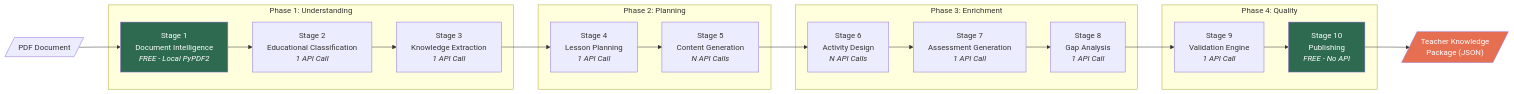
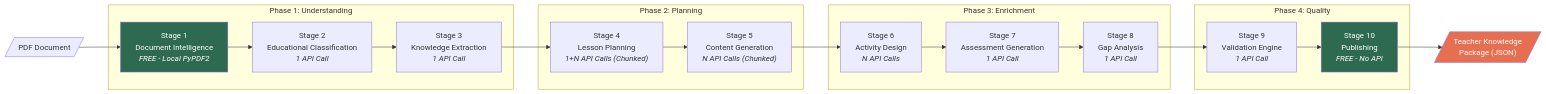
One commit to EhsaasBhalla/IIT-Mandi changed the second of 6 diagrams in DESIGN_DOCUMENT.md. Above: the diagram before and after it, drawn with Mermaid. The commit also changed other lines of this file, not shown here.

Commit message:
docs: update architecture documentation to reflect Stage 4/5 chunking

````diff
--- a/DESIGN_DOCUMENT.md
+++ b/DESIGN_DOCUMENT.md
@@ -104,34 +104,34 @@
 ```mermaid
 flowchart LR
     PDF[/"PDF Document"/] --> S1
 
     subgraph Phase1["Phase 1: Understanding"]
         S1["Stage 1<br/>Document Intelligence<br/><i>FREE - Local PyPDF2</i>"]
         S2["Stage 2<br/>Educational Classification<br/><i>1 API Call</i>"]
         S3["Stage 3<br/>Knowledge Extraction<br/><i>1 API Call</i>"]
     end
 
     subgraph Phase2["Phase 2: Planning"]
-        S4["Stage 4<br/>Lesson Planning<br/><i>1 API Call</i>"]
-        S5["Stage 5<br/>Content Generation<br/><i>N API Calls</i>"]
+        S4["Stage 4<br/>Lesson Planning<br/><i>1+N API Calls (Chunked)</i>"]
+        S5["Stage 5<br/>Content Generation<br/><i>N API Calls (Chunked)</i>"]
     end
 
     subgraph Phase3["Phase 3: Enrichment"]
         S6["Stage 6<br/>Activity Design<br/><i>N API Calls</i>"]
         S7["Stage 7<br/>Assessment Generation<br/><i>1 API Call</i>"]
         S8["Stage 8<br/>Gap Analysis<br/><i>1 API Call</i>"]
     end
 
     subgraph Phase4["Phase 4: Quality"]
         S9["Stage 9<br/>Validation Engine<br/><i>1 API Call</i>"]
         S10["Stage 10<br/>Publishing<br/><i>FREE - No API</i>"]
     end
 
     S1 --> S2 --> S3 --> S4 --> S5 --> S6 --> S7 --> S8 --> S9 --> S10
 
     S10 --> TKP[/"Teacher Knowledge<br/>Package (JSON)"/]
 
     style S1 fill:#2d6a4f,color:#fff
     style S10 fill:#2d6a4f,color:#fff
     style TKP fill:#e76f51,color:#fff
 ```
````
